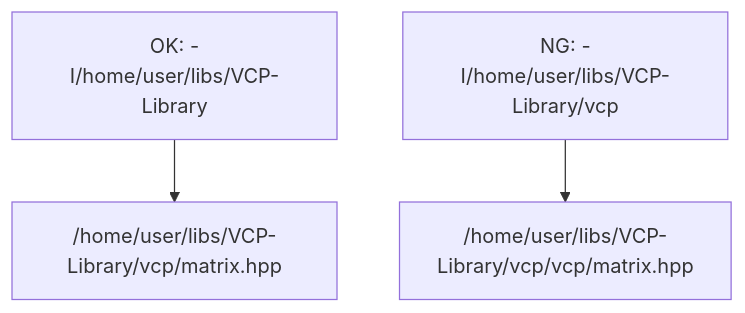
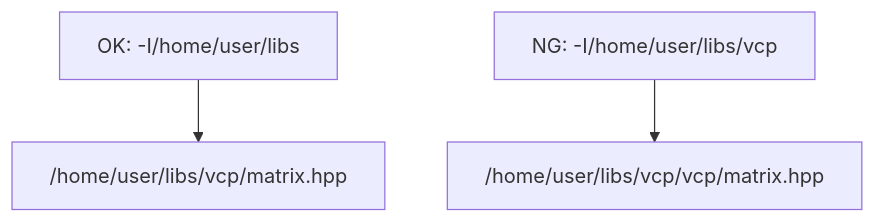
The second of 2 diagrams in docs/install.md (koutasekine/vcp), drawn with Mermaid before and after one commit. The commit also changed other lines of this file and 3 other files, not shown here.

````diff
--- a/docs/install.md
+++ b/docs/install.md
@@ -75,5 +93,5 @@
 ```mermaid
 flowchart TD
-    OK["OK: -I/home/user/libs/VCP-Library"] --> OKFile["/home/user/libs/VCP-Library/vcp/matrix.hpp"]
-    NG["NG: -I/home/user/libs/VCP-Library/vcp"] --> NGFile["/home/user/libs/VCP-Library/vcp/vcp/matrix.hpp"]
+    OK["OK: -I/home/user/libs"] --> OKFile["/home/user/libs/vcp/matrix.hpp"]
+    NG["NG: -I/home/user/libs/vcp"] --> NGFile["/home/user/libs/vcp/vcp/matrix.hpp"]
 ```
````
